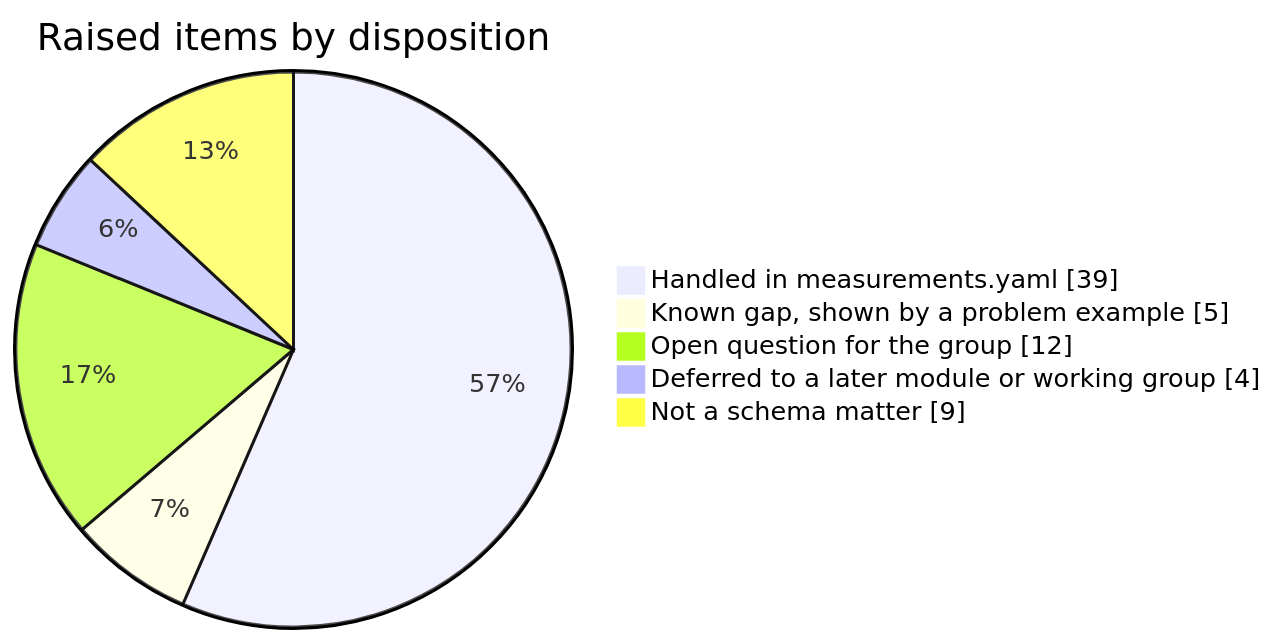
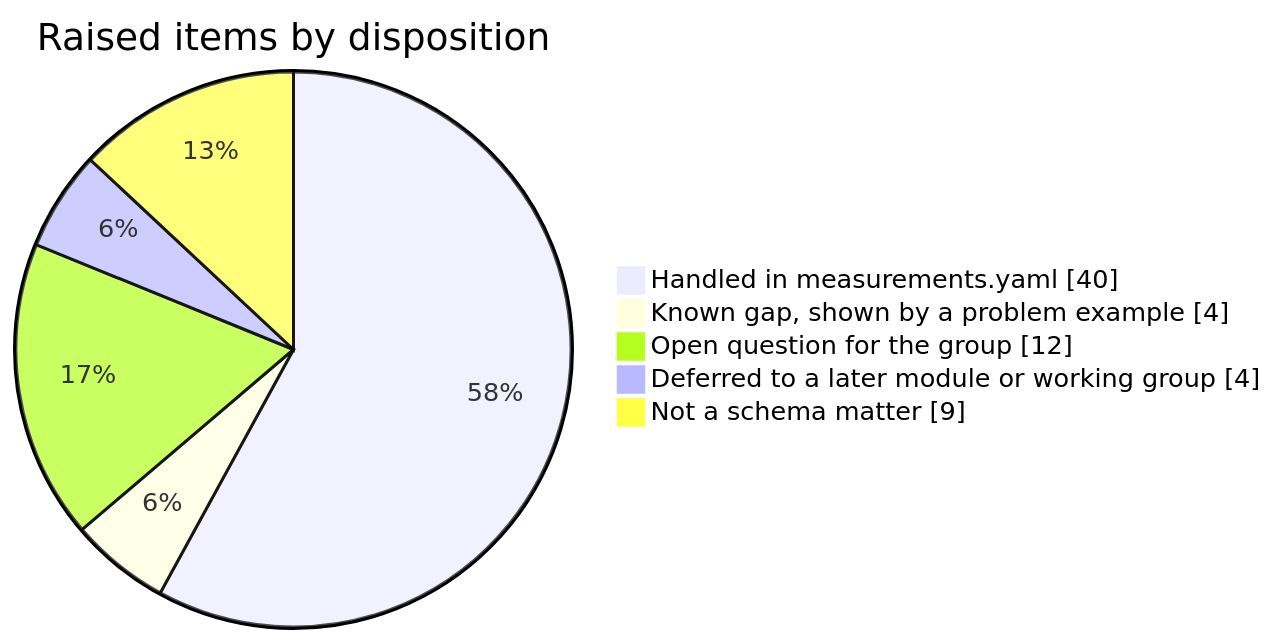
Before and after one commit to ber-data/bridge-central-schema: the first of 2 diagrams in docs/measurements-hackathon/raised-items.md, drawn with Mermaid. The commit also changed other lines of this file and 4 other files, not shown here.

````diff
--- a/docs/measurements-hackathon/raised-items.md
+++ b/docs/measurements-hackathon/raised-items.md
@@ -9,9 +9,9 @@
 ```mermaid
 pie showData
     title Raised items by disposition
-    "Handled in measurements.yaml" : 39
-    "Known gap, shown by a problem example" : 5
+    "Handled in measurements.yaml" : 40
+    "Known gap, shown by a problem example" : 4
     "Open question for the group" : 12
     "Deferred to a later module or working group" : 4
     "Not a schema matter" : 9
 ```
````
